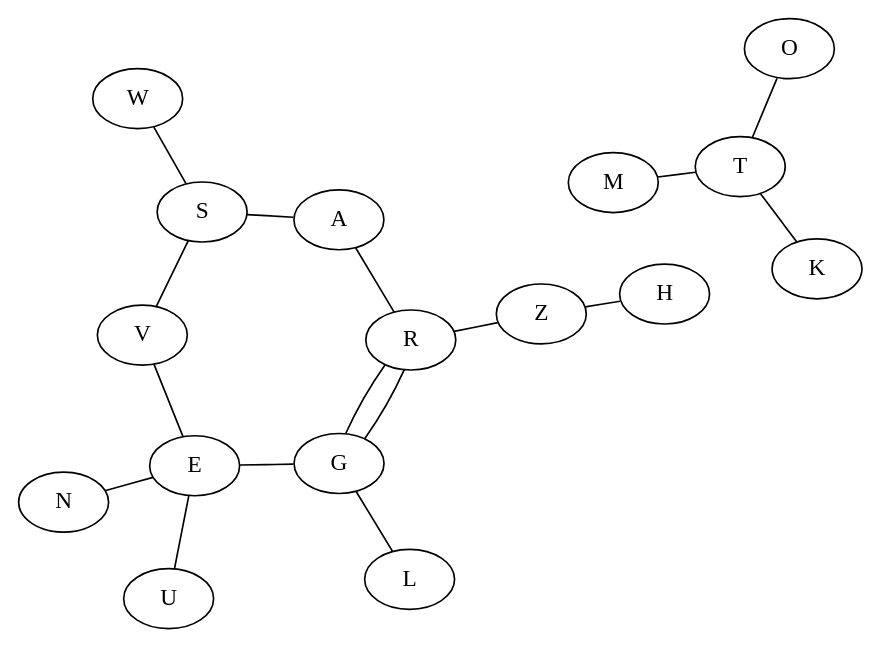
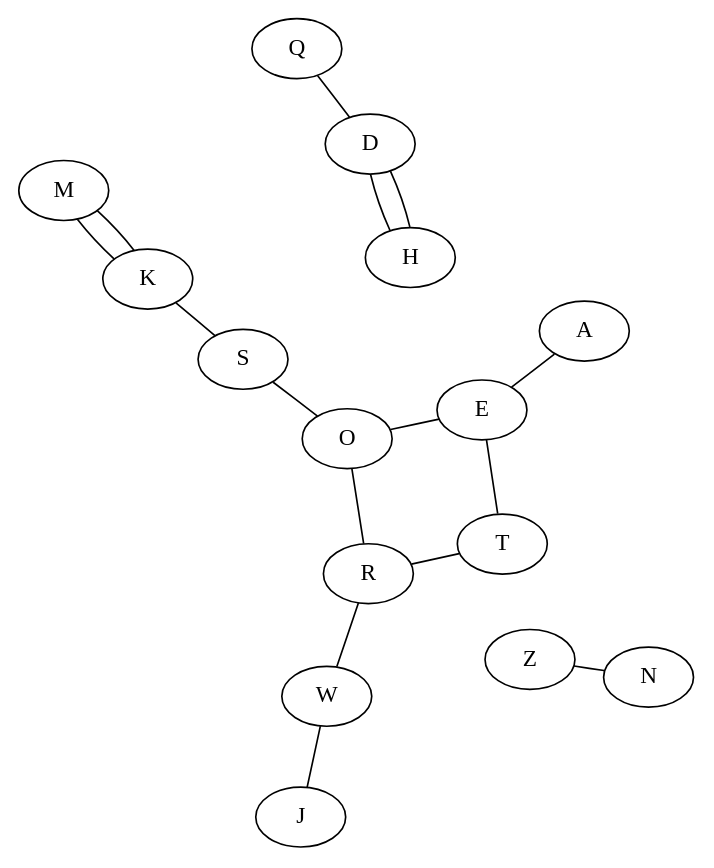
The diagram in enigma_c/src/data/crib_cipher_cycle.dot (UPEV1sion/Enigma), drawn with Graphviz before and after one commit. The commit also changed 8 other files, not shown here.

```diff
--- a/enigma_c/src/data/crib_cipher_cycle.dot
+++ b/enigma_c/src/data/crib_cipher_cycle.dot
@@ -1,19 +1,18 @@
 graph G {
 	layout=neato;
-	"S" -- "W";
-	"N" -- "E";
-	"M" -- "T";
-	"K" -- "T";
-	"G" -- "E";
-	"G" -- "R";
-	"S" -- "V";
-	"T" -- "O";
-	"Z" -- "R";
-	"Z" -- "H";
-	"U" -- "E";
-	"G" -- "R";
-	"A" -- "S";
-	"R" -- "A";
-	"L" -- "G";
-	"V" -- "E";
+	"S" -- "K";
+	"S" -- "O";
+	"K" -- "M";
+	"K" -- "M";
+	"E" -- "A";
+	"Z" -- "N";
+	"Q" -- "D";
+	"R" -- "O";
+	"H" -- "D";
+	"O" -- "E";
+	"T" -- "R";
+	"J" -- "W";
+	"T" -- "E";
+	"D" -- "H";
+	"W" -- "R";
 }
```
